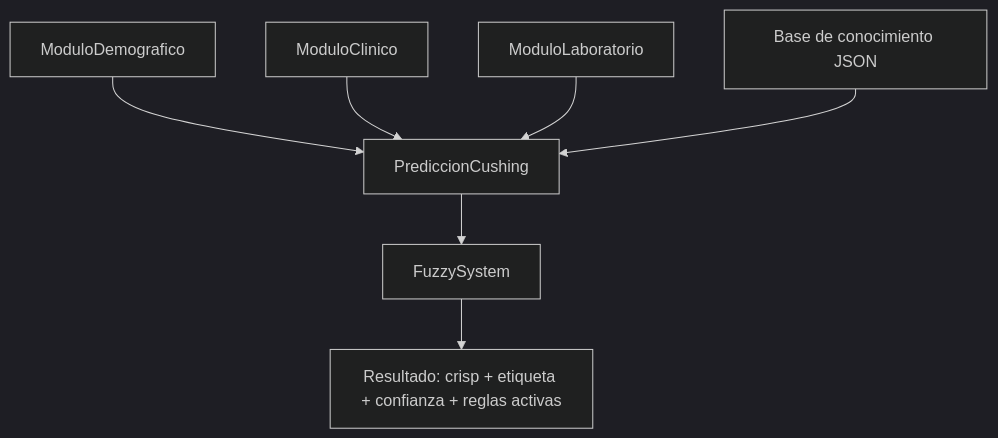
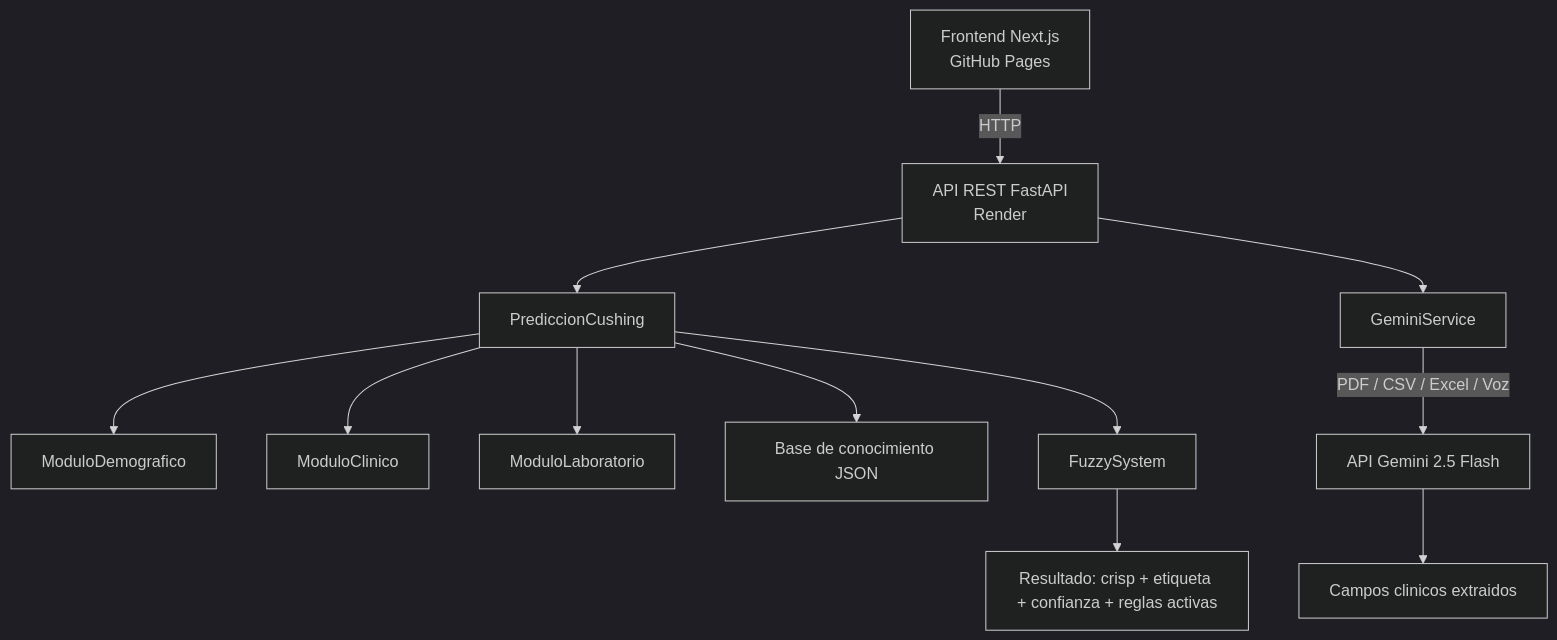
The diagram in README.md (Mamarco13/coco-vet-engine), drawn with Mermaid (dark theme) before and after one commit. The commit also changed other lines of this file and 5 other files, not shown here.

Commit message:
feat: add fuzzy knowledge base, backend service, and clinical analysis UI implementation

````diff
--- a/README.md
+++ b/README.md
@@ -154,11 +42,18 @@
 ```mermaid
 graph TD
-  D[ModuloDemografico] --> P[PrediccionCushing]
-  C[ModuloClinico] --> P
-  L[ModuloLaboratorio] --> P
+    FE[Frontend Next.js<br>GitHub Pages] -->|HTTP| API[API REST FastAPI<br>Render]
 
-  KB[Base de conocimiento JSON] --> P
+    API --> PC[PrediccionCushing]
+    API --> GS[GeminiService]
 
-  P --> FS[FuzzySystem]
-  FS --> OUT[Resultado: crisp + etiqueta + confianza + reglas activas]
+    PC --> MD[ModuloDemografico]
+    PC --> MC[ModuloClinico]
+    PC --> ML[ModuloLaboratorio]
+    PC --> KB[Base de conocimiento JSON]
+    PC --> FS[FuzzySystem]
+
+    FS --> OUT[Resultado: crisp + etiqueta + confianza + reglas activas]
+
+    GS -->|PDF / CSV / Excel / Voz| GEMINI[API Gemini 2.5 Flash]
+    GEMINI --> EXTRACTED[Campos clinicos extraidos]
 ```
````
